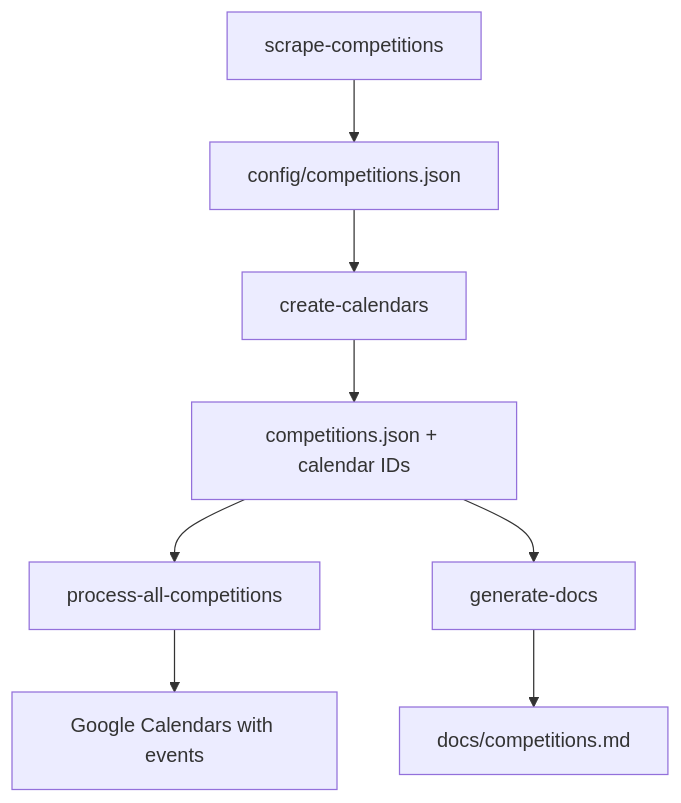
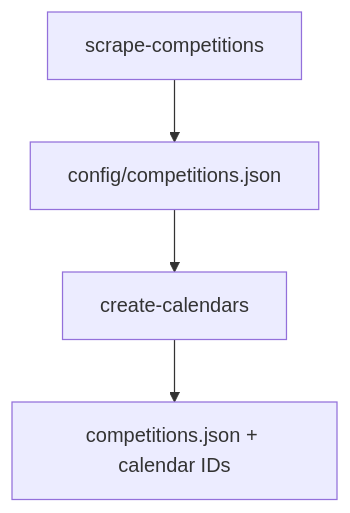
The first of 2 diagrams in README.md (mawiseman/hockey-victoria-club-calendars), drawn with Mermaid before and after one commit. The commit also changed other lines of this file and 2 other files, not shown here.

````diff
--- a/README.md
+++ b/README.md
@@ -581,10 +596,6 @@
 ```mermaid
 graph TD
     A[scrape-competitions] --> B[config/competitions.json]
     B --> C[create-calendars]
     C --> D[competitions.json + calendar IDs]
-    D --> E[process-all-competitions]
-    E --> F[Google Calendars with events]
-    D --> G[generate-docs]
-    G --> H[docs/competitions.md]
 ```
````
